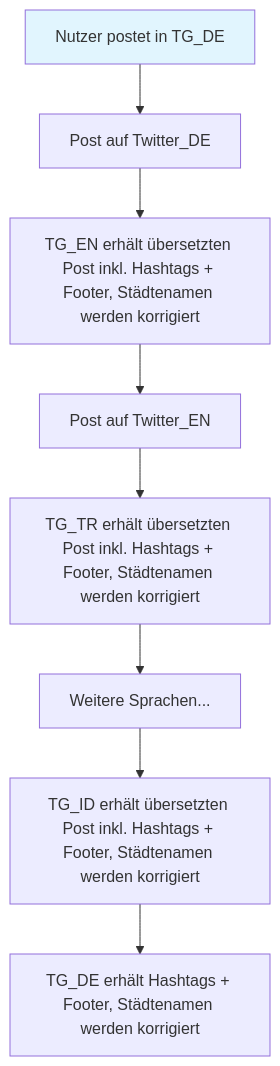
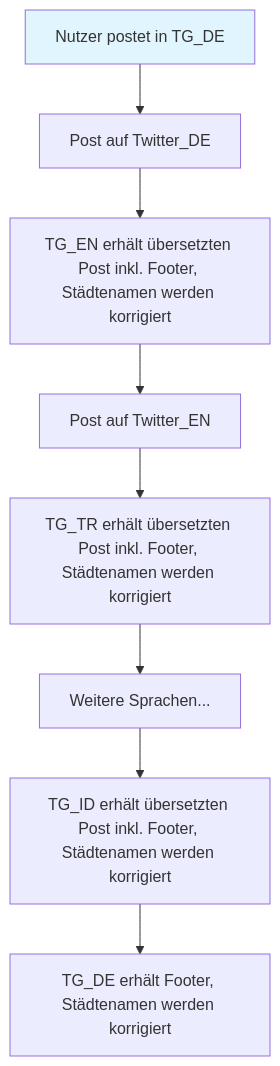
The first of 2 diagrams in docs/USAGE.md (militaernews/ptb-mn), drawn with Mermaid before and after one commit. The commit also changed other lines of this file and 2 other files, not shown here.

````diff
--- a/docs/USAGE.md
+++ b/docs/USAGE.md
@@ -45,12 +49,12 @@
 ```mermaid
 flowchart TD
     A[Nutzer postet in TG_DE] --> B[Post auf Twitter_DE]
-    B --> C[TG_EN erhält übersetzten Post inkl. Hashtags + Footer, Städtenamen werden korrigiert]
+    B --> C[TG_EN erhält übersetzten Post inkl. Footer, Städtenamen werden korrigiert]
     C --> D[Post auf Twitter_EN]
-    D --> E[TG_TR erhält übersetzten Post inkl. Hashtags + Footer, Städtenamen werden korrigiert]
+    D --> E[TG_TR erhält übersetzten Post inkl. Footer, Städtenamen werden korrigiert]
     E --> F[Weitere Sprachen...]
-    F --> G[TG_ID erhält übersetzten Post inkl. Hashtags + Footer, Städtenamen werden korrigiert]
-    G --> H[TG_DE erhält Hashtags + Footer, Städtenamen werden korrigiert]
+    F --> G[TG_ID erhält übersetzten Post inkl. Footer, Städtenamen werden korrigiert]
+    G --> H[TG_DE erhält Footer, Städtenamen werden korrigiert]
     
     style A fill:#e1f5fe
 ```
````
